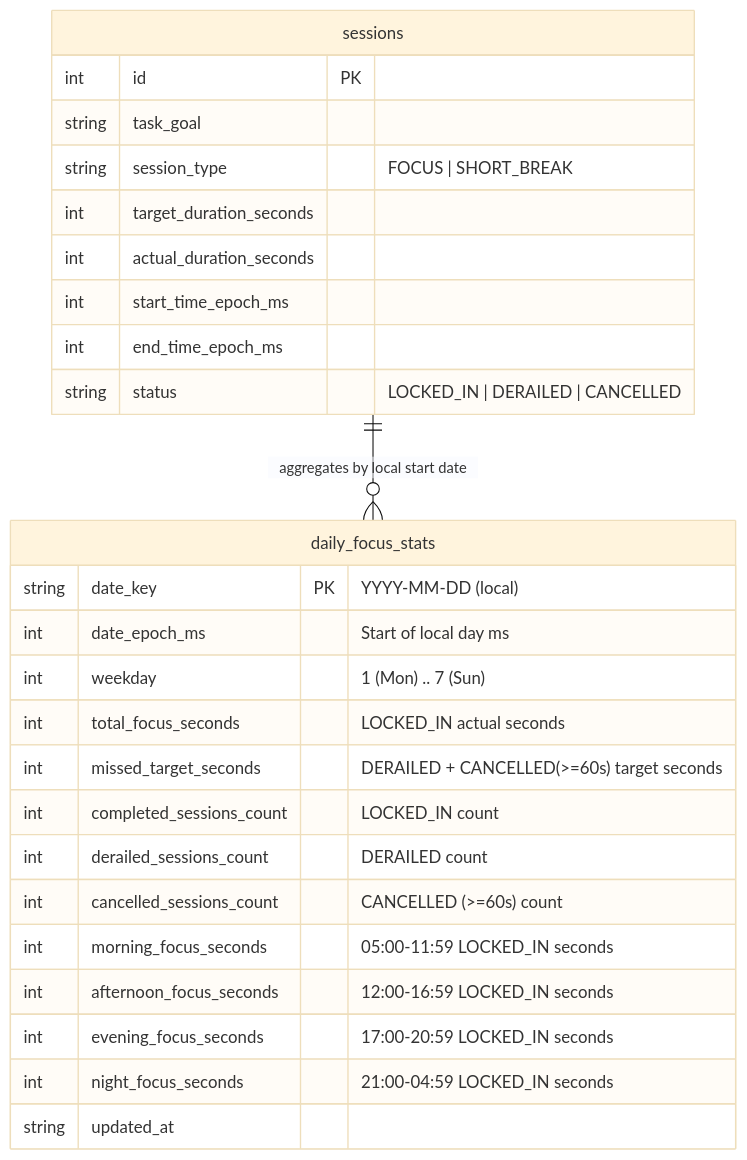
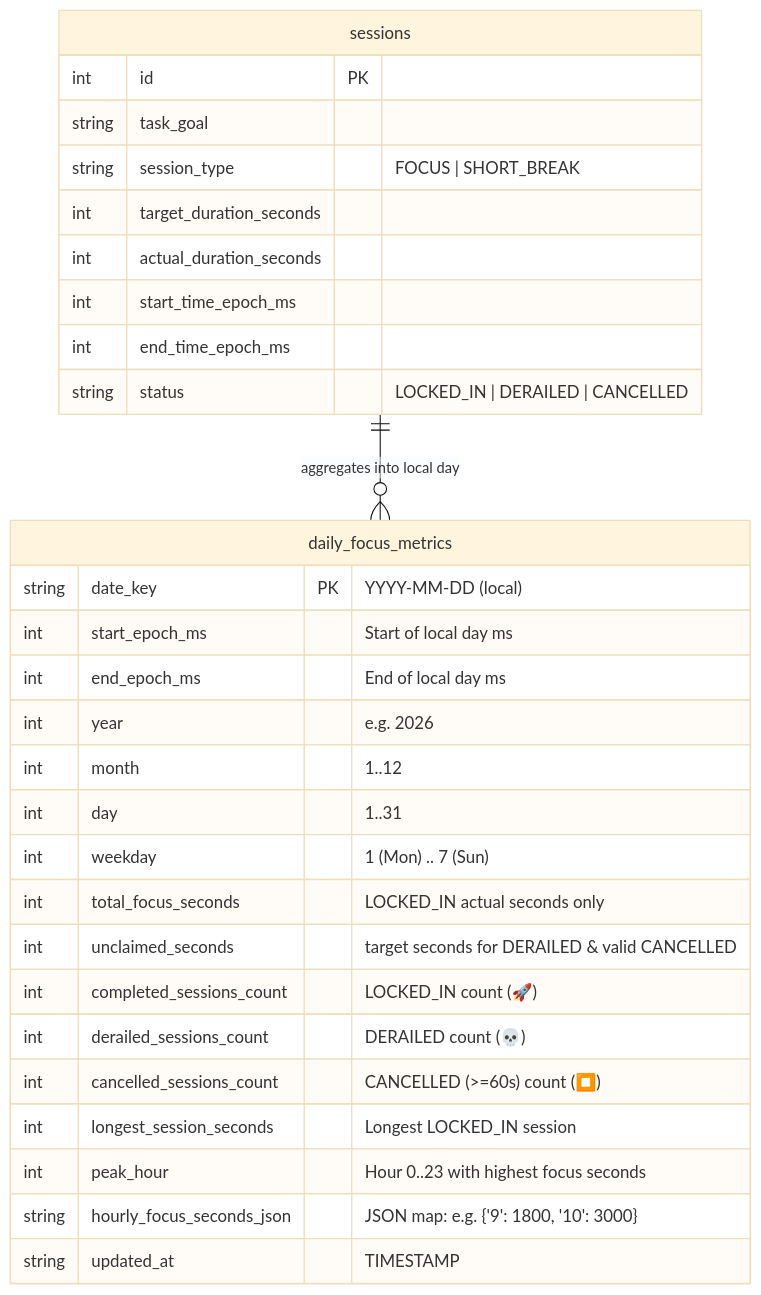
One commit to bartmarkiewicz/focusmaxxing changed the diagram in docs/insights_enhancement_scope.md. Above: the diagram before and after it, drawn with Mermaid (base theme). The commit also changed other lines of this file and 11 other files, not shown here.

````diff
--- a/docs/insights_enhancement_scope.md
+++ b/docs/insights_enhancement_scope.md
@@ -43,29 +57,32 @@
 ```mermaid
 erDiagram
-    sessions ||--o{ daily_focus_stats : "aggregates by local start date"
+    sessions ||--o{ daily_focus_metrics : "aggregates into local day"
     sessions {
         int id PK
         string task_goal
         string session_type "FOCUS | SHORT_BREAK"
         int target_duration_seconds
         int actual_duration_seconds
         int start_time_epoch_ms
         int end_time_epoch_ms
         string status "LOCKED_IN | DERAILED | CANCELLED"
     }
-    daily_focus_stats {
+    daily_focus_metrics {
         string date_key PK "YYYY-MM-DD (local)"
-        int date_epoch_ms "Start of local day ms"
+        int start_epoch_ms "Start of local day ms"
+        int end_epoch_ms "End of local day ms"
+        int year "e.g. 2026"
+        int month "1..12"
+        int day "1..31"
         int weekday "1 (Mon) .. 7 (Sun)"
-        int total_focus_seconds "LOCKED_IN actual seconds"
-        int missed_target_seconds "DERAILED + CANCELLED(>=60s) target seconds"
-        int completed_sessions_count "LOCKED_IN count"
-        int derailed_sessions_count "DERAILED count"
-        int cancelled_sessions_count "CANCELLED (>=60s) count"
-        int morning_focus_seconds "05:00-11:59 LOCKED_IN seconds"
-        int afternoon_focus_seconds "12:00-16:59 LOCKED_IN seconds"
-        int evening_focus_seconds "17:00-20:59 LOCKED_IN seconds"
-        int night_focus_seconds "21:00-04:59 LOCKED_IN seconds"
-        string updated_at
+        int total_focus_seconds "LOCKED_IN actual seconds only"
+        int unclaimed_seconds "target seconds for DERAILED & valid CANCELLED"
+        int completed_sessions_count "LOCKED_IN count (🚀)"
+        int derailed_sessions_count "DERAILED count (💀)"
+        int cancelled_sessions_count "CANCELLED (>=60s) count (⏹️)"
+        int longest_session_seconds "Longest LOCKED_IN session"
+        int peak_hour "Hour 0..23 with highest focus seconds"
+        string hourly_focus_seconds_json "JSON map: e.g. {'9': 1800, '10': 3000}"
+        string updated_at "TIMESTAMP"
     }
 ```
````
